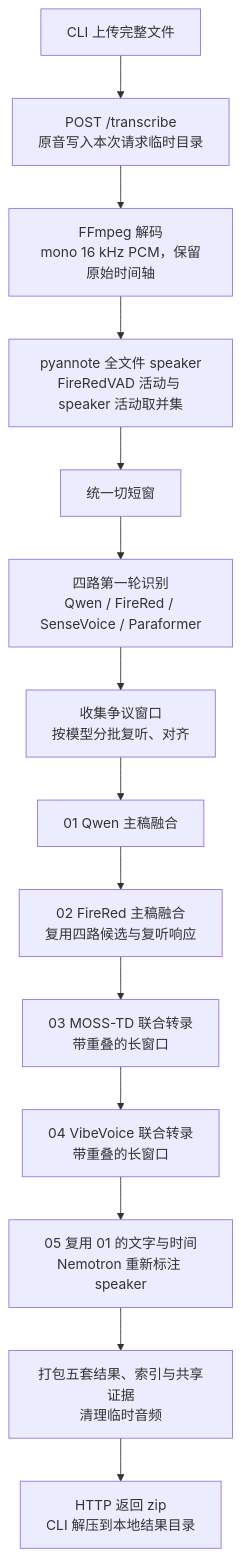
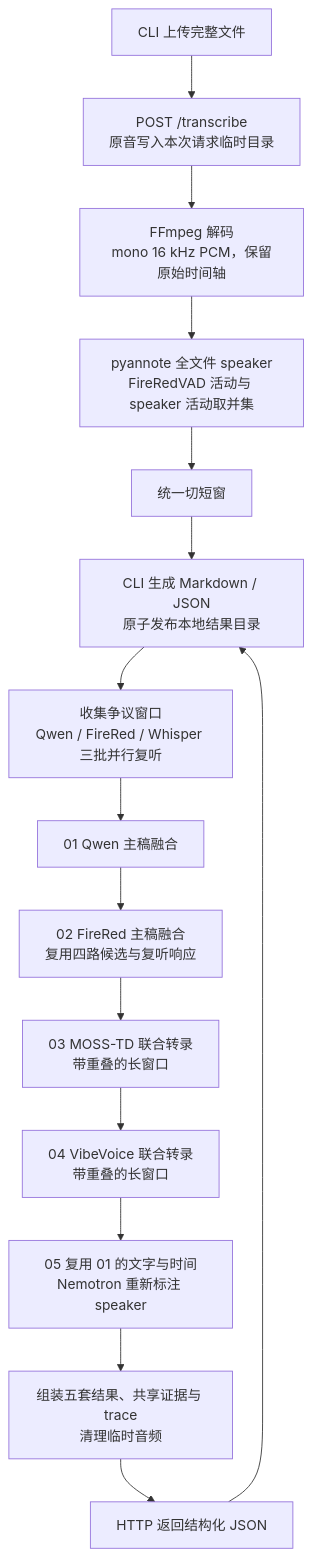
The third of 5 diagrams in platform/container/services/asr/DESIGN.md (curoky/codespace), drawn with Mermaid before and after one commit. The commit also changed other lines of this file and 74 other files, not shown here.

````diff
--- a/platform/container/services/asr/DESIGN.md
+++ b/platform/container/services/asr/DESIGN.md
@@ -145,16 +164,17 @@
 ```mermaid
 flowchart TD
     C[CLI 上传完整文件] --> U[POST /transcribe<br/>原音写入本次请求临时目录]
     U --> F[FFmpeg 解码<br/>mono 16 kHz PCM，保留原始时间轴]
     F --> P[pyannote 全文件 speaker<br/>FireRedVAD 活动与 speaker 活动取并集]
     P --> W[统一切短窗]
-    W --> A[四路第一轮识别<br/>Qwen / FireRed / SenseVoice / Paraformer]
-    A --> R[收集争议窗口<br/>按模型分批复听、对齐]
+    W --> A[四路并行第一轮识别<br/>Qwen / FireRed / SenseVoice / Paraformer]
+    A --> R[收集争议窗口<br/>Qwen / FireRed / Whisper 三批并行复听]
     R --> R1[01 Qwen 主稿融合]
     R1 --> R2[02 FireRed 主稿融合<br/>复用四路候选与复听响应]
     R2 --> R3[03 MOSS-TD 联合转录<br/>带重叠的长窗口]
     R3 --> R4[04 VibeVoice 联合转录<br/>带重叠的长窗口]
     R4 --> R5[05 复用 01 的文字与时间<br/>Nemotron 重新标注 speaker]
-    R5 --> O[打包五套结果、索引与共享证据<br/>清理临时音频]
-    O --> D[HTTP 返回 zip<br/>CLI 解压到本地结果目录]
+    R5 --> O[组装五套结果、共享证据与 trace<br/>清理临时音频]
+    O --> D[HTTP 返回结构化 JSON]
+    D --> A[CLI 生成 Markdown / JSON<br/>原子发布本地结果目录]
 ```
````
